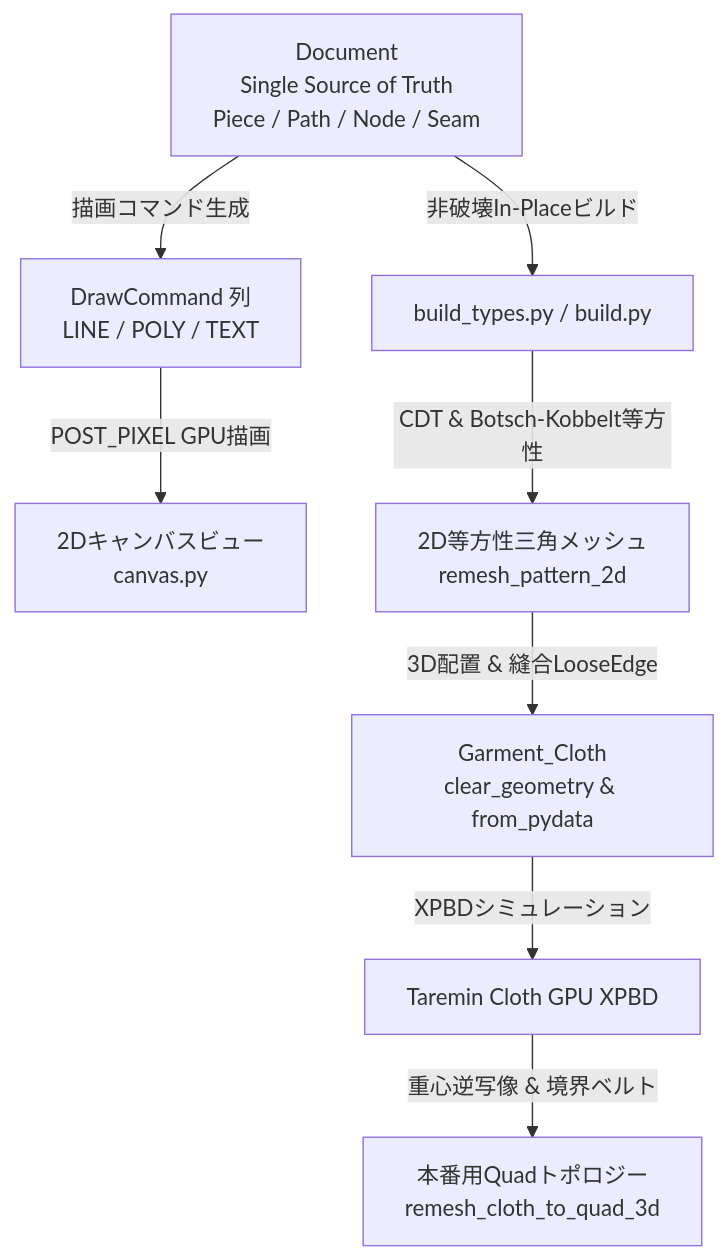
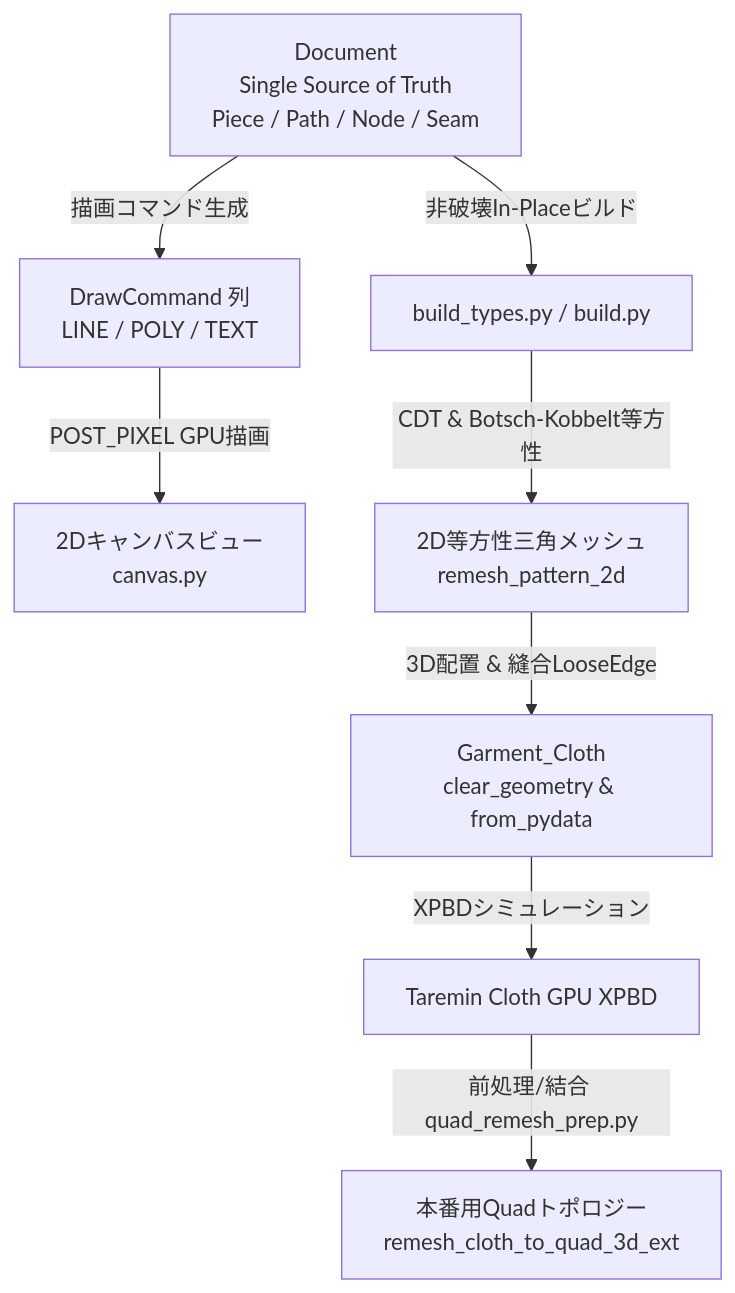
Diagram 11 of 11 in docs/architecture.md (Taremin/TareminCloth), drawn with Mermaid before and after one commit. The commit also changed other lines of this file and 15 other files, not shown here.

````diff
--- a/docs/architecture.md
+++ b/docs/architecture.md
@@ -1154,10 +1154,10 @@
 ```mermaid
 graph TD
     DOC[Document<br>Single Source of Truth<br>Piece / Path / Node / Seam] -->|描画コマンド生成| RENDER[DrawCommand 列<br>LINE / POLY / TEXT]
     RENDER -->|POST_PIXEL GPU描画| CANVAS[2Dキャンバスビュー<br>canvas.py]
     DOC -->|非破壊In-Placeビルド| BUILD[build_types.py / build.py]
     BUILD -->|CDT & Botsch-Kobbelt等方性| RUST_CDT[2D等方性三角メッシュ<br>remesh_pattern_2d]
     RUST_CDT -->|3D配置 & 縫合LooseEdge| MESH[Garment_Cloth<br>clear_geometry & from_pydata]
     MESH -->|XPBDシミュレーション| SIM[Taremin Cloth GPU XPBD]
-    SIM -->|重心逆写像 & 境界ベルト| QUAD[本番用Quadトポロジー<br>remesh_cloth_to_quad_3d]
+    SIM -->|前処理/結合 quad_remesh_prep.py| QUAD[本番用Quadトポロジー<br>remesh_cloth_to_quad_3d_ext]
 ```
````
